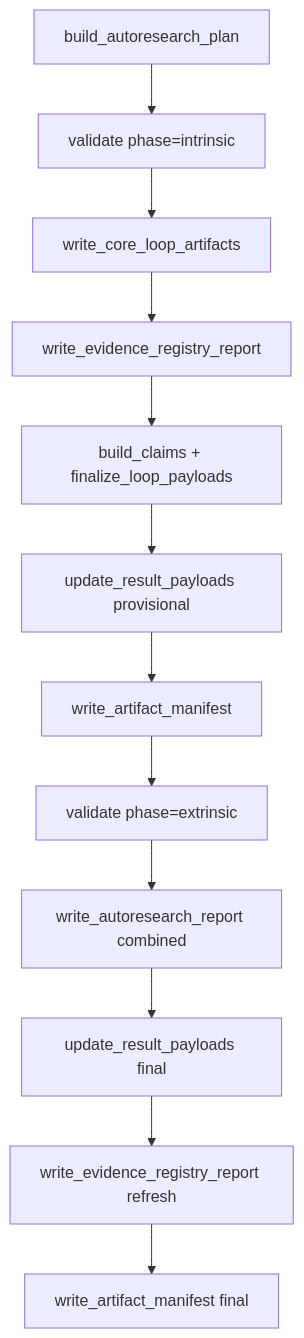
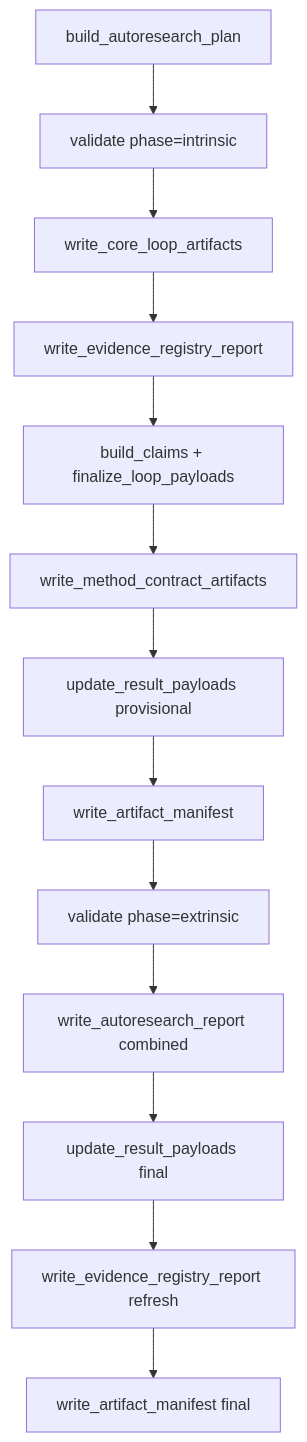
Before and after one commit to docxology/template: the diagram in projects/template_autoresearch_project/README.md, drawn with Mermaid. The commit also changed other lines of this file and 249 other files, not shown here.

````diff
--- a/projects/template_autoresearch_project/README.md
+++ b/projects/template_autoresearch_project/README.md
@@ -29,14 +32,15 @@
 ```mermaid
 flowchart TB
   plan[build_autoresearch_plan] --> intrinsic[validate phase=intrinsic]
   intrinsic --> core[write_core_loop_artifacts]
   core --> registry1[write_evidence_registry_report]
   registry1 --> claims[build_claims + finalize_loop_payloads]
-  claims --> update1[update_result_payloads provisional]
+  claims --> methods[write_method_contract_artifacts]
+  methods --> update1[update_result_payloads provisional]
   update1 --> manifest1[write_artifact_manifest]
   manifest1 --> extrinsic[validate phase=extrinsic]
   extrinsic --> readiness[write_autoresearch_report combined]
   readiness --> update2[update_result_payloads final]
   update2 --> registry2[write_evidence_registry_report refresh]
   registry2 --> manifest2[write_artifact_manifest final]
 ```
````
